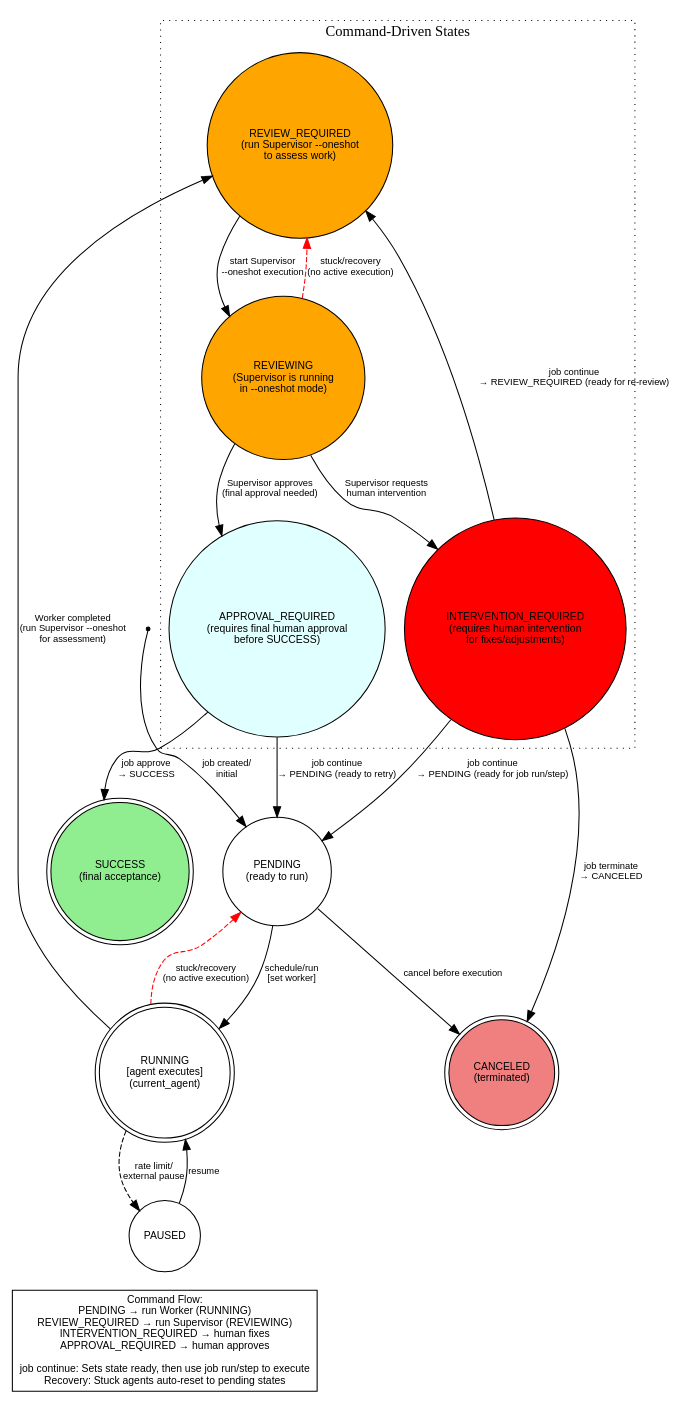
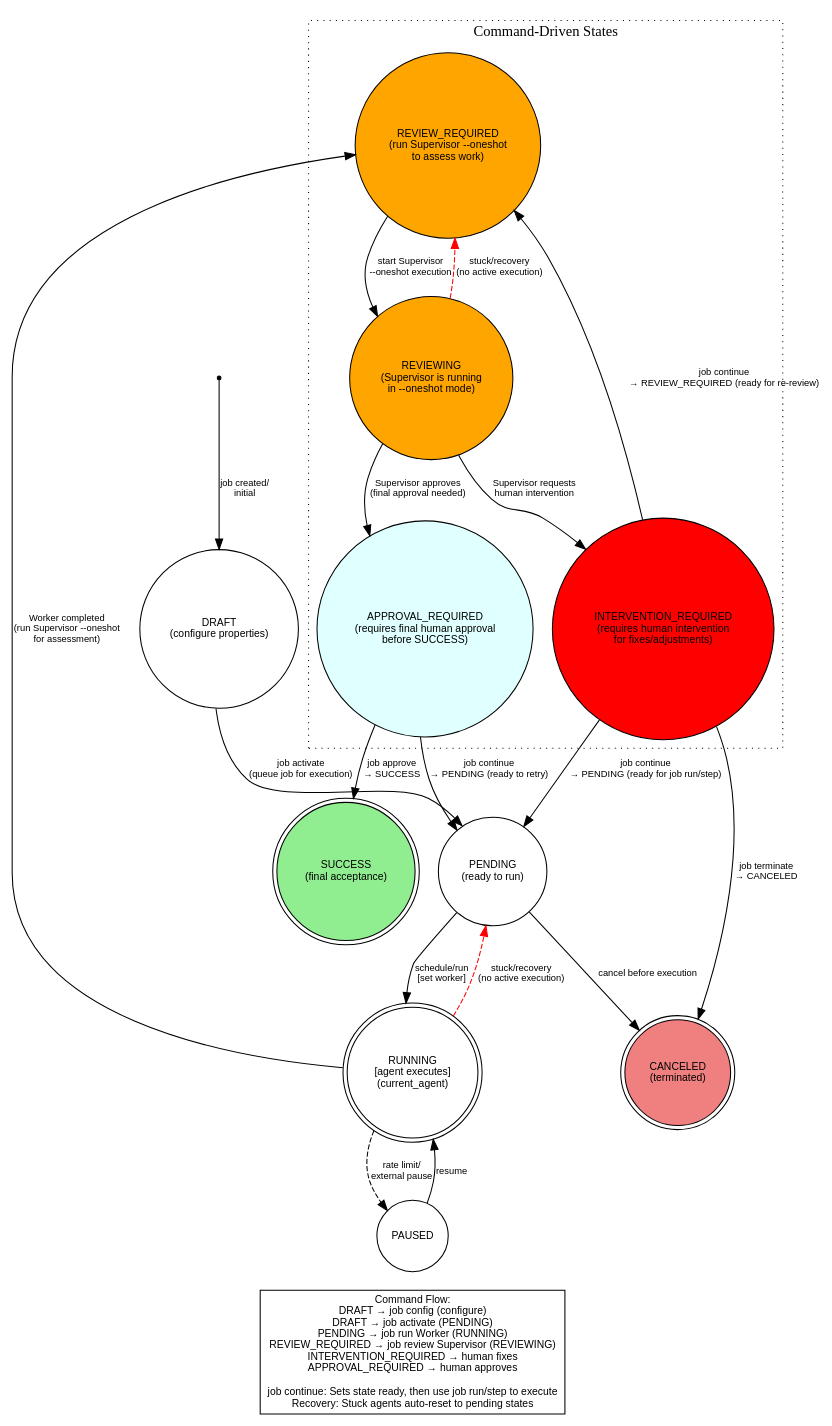
One commit to jjurach/logist changed the diagram in docs/state-machine-fig1.gv. Above: the diagram before and after it, drawn with Graphviz. The commit also changed 6 other files, not shown here.

First line of the commit message:
feat: implement job config and activate commands

```diff
--- a/docs/state-machine-fig1.gv
+++ b/docs/state-machine-fig1.gv
@@ -1,74 +1,76 @@
 digraph "Logist State Machine" {
     rankdir=TB;
     node [shape=circle, fontsize=10, fontname="Arial"];
     edge [fontsize=9, fontname="Arial"];
 
     // Start node
     start [shape=point, label=""];
 
     // Core automaton states
+    DRAFT [label="DRAFT\n(configure properties)"];
     PENDING [label="PENDING\n(ready to run)"];
     RUNNING [label="RUNNING\n[agent executes]\n(current_agent)", shape=doublecircle];
     SUCCESS [label="SUCCESS\n(final acceptance)", shape=doublecircle, fillcolor=lightgreen, style=filled];
     CANCELED [label="CANCELED\n(terminated)", shape=doublecircle, fillcolor=lightcoral, style=filled];
 
     // Command-driven states (define what runs next)
     REVIEW_REQUIRED [label="REVIEW_REQUIRED\n(run Supervisor --oneshot\nto assess work)", fillcolor=orange, style=filled];
     REVIEWING [label="REVIEWING\n(Supervisor is running\nin --oneshot mode)", fillcolor=orange, style=filled];
     INTERVENTION_REQUIRED [label="INTERVENTION_REQUIRED\n(requires human intervention\nfor fixes/adjustments)", fillcolor=red, style=filled];
     APPROVAL_REQUIRED [label="APPROVAL_REQUIRED\n(requires final human approval\nbefore SUCCESS)", fillcolor=lightcyan, style=filled];
 
     // Transitions from start
-    start -> PENDING [label="job created/\ninitial"];
+    start -> DRAFT [label="job created/\ninitial"];
+    DRAFT -> PENDING [label="job activate\n(queue job for execution)"];
 
     // Worker execution cycle
     PENDING -> RUNNING [label="schedule/run\n[set worker]"];
 
     // All Worker completion → Supervisor review (command-driven)
     RUNNING -> REVIEW_REQUIRED [label="Worker completed\n(run Supervisor --oneshot\nfor assessment)"];
 
     // Stuck agent recovery (automatic health monitoring)
     RUNNING -> PENDING [label="stuck/recovery\n(no active execution)", style=dashed, color=red];
 
     // Supervisor execution and decision
     REVIEW_REQUIRED -> REVIEWING [label="start Supervisor\n--oneshot execution"];
     REVIEWING -> APPROVAL_REQUIRED [label="Supervisor approves\n(final approval needed)"];
     REVIEWING -> INTERVENTION_REQUIRED [label="Supervisor requests\nhuman intervention"];
 
 
 
     // Stuck supervisor recovery
     REVIEWING -> REVIEW_REQUIRED [label="stuck/recovery\n(no active execution)", style=dashed, color=red];
 
     // Human approval decisions
     APPROVAL_REQUIRED -> SUCCESS [label="job approve\n→ SUCCESS"];
     APPROVAL_REQUIRED -> PENDING [label="job continue\n→ PENDING (ready to retry)"];
 
     // Human intervention decisions
     INTERVENTION_REQUIRED -> PENDING [label="job continue\n→ PENDING (ready for job run/step)"];
     INTERVENTION_REQUIRED -> REVIEW_REQUIRED [label="job continue\n→ REVIEW_REQUIRED (ready for re-review)"];
     INTERVENTION_REQUIRED -> CANCELED [label="job terminate\n→ CANCELED"];
 
     // Direct cancellation (incomplete execution)
     PENDING -> CANCELED [label="cancel before execution"];
 
     // Optional: Paused state if needed for rate limiting
     RUNNING -> PAUSED [label="rate limit/\nexternal pause", style=dashed];
     PAUSED -> RUNNING [label="resume"];
 
     // Subgraph to group command-driven states
     subgraph cluster_commands {
         label="Command-Driven States";
         style=dotted;
         REVIEW_REQUIRED;
         REVIEWING;
         INTERVENTION_REQUIRED;
         APPROVAL_REQUIRED;
     }
 
     // Legend
     {
         rank=sink;
-        LEGEND [shape=box, label="Command Flow:\nPENDING → run Worker (RUNNING)\nREVIEW_REQUIRED → run Supervisor (REVIEWING)\nINTERVENTION_REQUIRED → human fixes\nAPPROVAL_REQUIRED → human approves\n\njob continue: Sets state ready, then use job run/step to execute\nRecovery: Stuck agents auto-reset to pending states"];
+        LEGEND [shape=box, label="Command Flow:\nDRAFT → job config (configure)\nDRAFT → job activate (PENDING)\nPENDING → job run Worker (RUNNING)\nREVIEW_REQUIRED → job review Supervisor (REVIEWING)\nINTERVENTION_REQUIRED → human fixes\nAPPROVAL_REQUIRED → human approves\n\njob continue: Sets state ready, then use job run/step to execute\nRecovery: Stuck agents auto-reset to pending states"];
     }
 }
```
